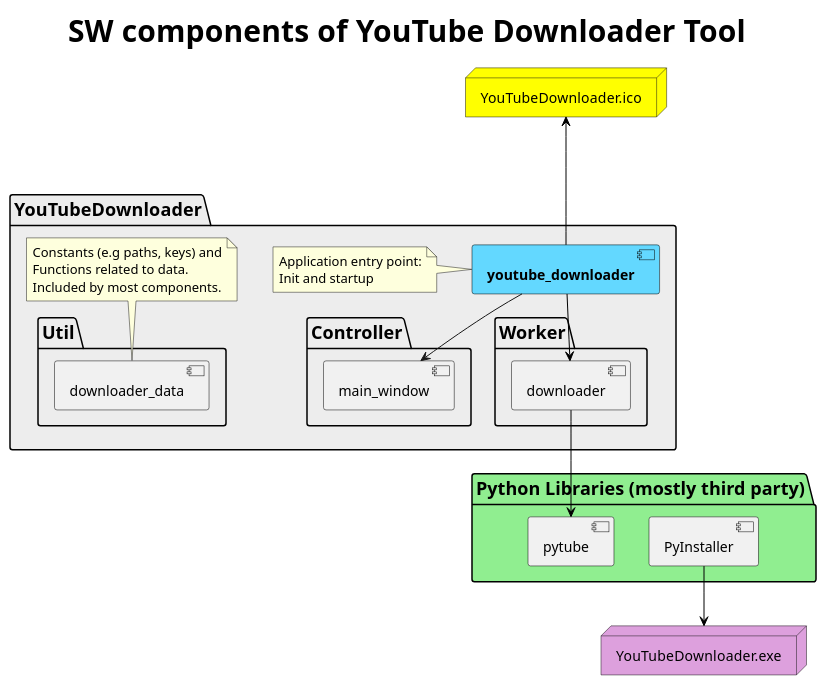
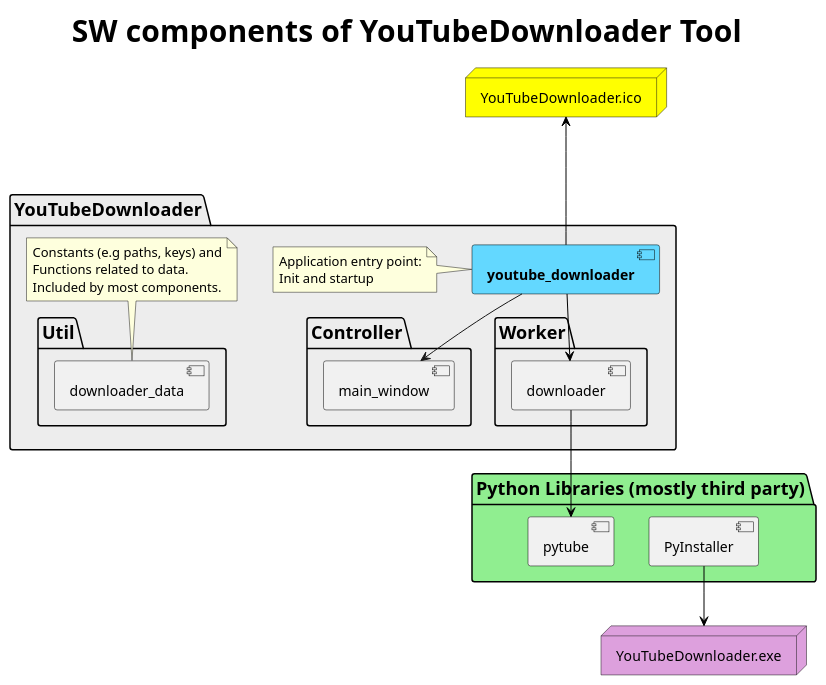
The diagram in inline_umlgraph_svghtml.pu (timounger/YouTubeDownloader), drawn with PlantUML before and after one commit. The commit also changed 124 other files, not shown here.

```diff
--- a/inline_umlgraph_svghtml.pu
+++ b/inline_umlgraph_svghtml.pu
@@ -1,49 +1,49 @@
 @startuml cdYouTubeDownloaderSWComponents.svg
 skinparam titleFontSize 30
 skinparam titleFontStyle bold
 skinparam packageBorderColor black
 skinparam packageFontSize 18
 skinparam groupFontStyle bold
 skinparam componentBorderColor black
 skinparam interfaceBorderColor black
 skinparam CollectionsBorderColor black
 
-title SW components of YouTube Downloader Tool
+title SW components of YouTubeDownloader Tool
 
 node "YouTubeDownloader.ico" as icon #yellow
 
 package "YouTubeDownloader" as YtDl #ededed {
   component "**youtube_downloader**" as youtube_downloader #63d8ff
   note left of youtube_downloader
     Application entry point:
     Init and startup
   end note
   package "Controller" as controller {
     [main_window]
   }
   package "Util" as util {
     [downloader_data] as data
   }
   note top of data
     Constants (e.g paths, keys) and
     Functions related to data.
     Included by most components.
   end note
   package "Worker" {
     [downloader]
   }
   [youtube_downloader] -d-> [main_window]
   [youtube_downloader] -[#black]u--> icon
 }
 
 node "YouTubeDownloader.exe" #plum
 
 package "Python Libraries (mostly third party)" #lightgreen {
  [PyInstaller]
  [pytube]
 }
 
 [youtube_downloader] -[#black]-> [downloader]
 [downloader] -[#black]-> [pytube]
 [PyInstaller] -[#black]d-> YouTubeDownloader.exe
 @enduml
```
